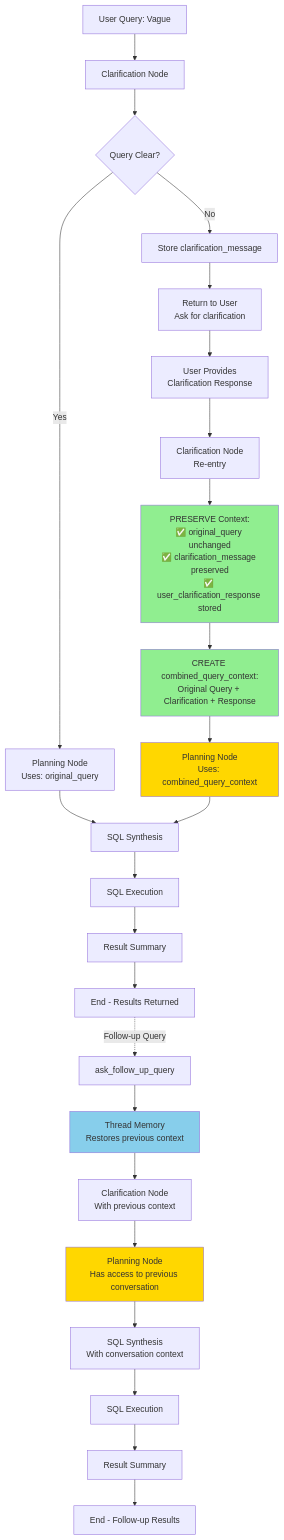
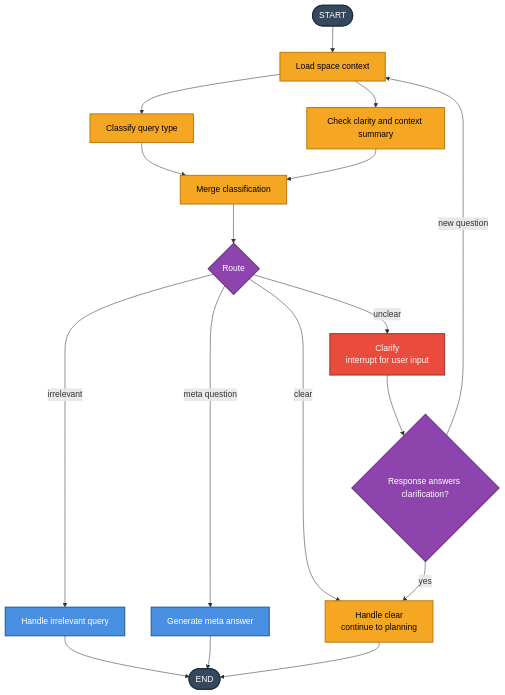
One commit to databricks-solutions/dbx-unifiedchat changed the diagram in docs/architecture/clarification_flow_diagram.mmd. Above: the diagram before and after it, drawn with Mermaid. The commit also changed other lines of this file and 58 other files, not shown here.

First line of the commit message:
Major update architecture diagrams to enhance clarity and workflow representation reflecting current repo

````diff
--- a/docs/architecture/clarification_flow_diagram.mmd
+++ b/docs/architecture/clarification_flow_diagram.mmd
@@ -1,56 +1,29 @@
-```mermaid
 graph TD
-    Start[User Query: Vague] --> Clarif1[Clarification Node]
-    
-    Clarif1 --> Check1{Query Clear?}
-    
-    Check1 -->|Yes| Plan1[Planning Node<br/>Uses: original_query]
-    Check1 -->|No| Store1[Store clarification_message]
-    
-    Store1 --> Return1[Return to User<br/>Ask for clarification]
-    
-    Return1 --> UserResp[User Provides<br/>Clarification Response]
-    
-    UserResp --> Clarif2[Clarification Node<br/>Re-entry]
-    
-    Clarif2 --> Preserve[PRESERVE Context:<br/>✅ original_query unchanged<br/>✅ clarification_message preserved<br/>✅ user_clarification_response stored]
-    
-    Preserve --> Combine[CREATE combined_query_context:<br/>Original Query + Clarification + Response]
-    
-    Combine --> Plan2[Planning Node<br/>Uses: combined_query_context]
-    
-    Plan1 --> SQL[SQL Synthesis]
-    Plan2 --> SQL
-    
-    SQL --> Exec[SQL Execution]
-    
-    Exec --> Summary[Result Summary]
-    
-    Summary --> End1[End - Results Returned]
-    
-    End1 -.Follow-up Query.-> FollowUp[ask_follow_up_query]
-    
-    FollowUp --> ThreadMem[Thread Memory<br/>Restores previous context]
-    
-    ThreadMem --> NewClarif[Clarification Node<br/>With previous context]
-    
-    NewClarif --> Plan3[Planning Node<br/>Has access to previous conversation]
-    
-    Plan3 --> SQL2[SQL Synthesis<br/>With conversation context]
-    
-    SQL2 --> Exec2[SQL Execution]
-    
-    Exec2 --> Summary2[Result Summary]
-    
-    Summary2 --> End2[End - Follow-up Results]
-    
-    style Preserve fill:#90EE90
-    style Combine fill:#90EE90
-    style ThreadMem fill:#87CEEB
-    style Plan2 fill:#FFD700
-    style Plan3 fill:#FFD700
+    Start([START]) --> Load[Load space context]
+    Load --> Classify[Classify query type]
+    Load --> Clarity[Check clarity and context summary]
+    Classify --> Merge[Merge classification]
+    Clarity --> Merge
+    Merge --> Route{Route}
+    Route -->|irrelevant| Irrelevant[Handle irrelevant query]
+    Route -->|meta question| Meta[Generate meta answer]
+    Route -->|unclear| Clarify[Clarify<br/>interrupt for user input]
+    Route -->|clear| Clear[Handle clear<br/>continue to planning]
+    Clarify --> Confirm{Response answers clarification?}
+    Confirm -->|yes| Clear
+    Confirm -->|new question| Load
+    Irrelevant --> End([END])
+    Meta --> End
+    Clear --> End
 
-classDef improved fill:#90EE90,stroke:#228B22,stroke-width:3px
-classDef context fill:#87CEEB,stroke:#4682B4,stroke-width:3px
-classDef combined fill:#FFD700,stroke:#FF8C00,stroke-width:3px
-```
+    classDef agentClass fill:#4A90E2,stroke:#2E5C8A,stroke-width:2px,color:#fff
+    classDef processClass fill:#F5A623,stroke:#C17D11,stroke-width:2px,color:#000
+    classDef decisionClass fill:#8E44AD,stroke:#6C3483,stroke-width:2px,color:#fff
+    classDef interruptClass fill:#E94B3C,stroke:#A33428,stroke-width:2px,color:#fff
+    classDef boundaryClass fill:#34495E,stroke:#1F2D3A,stroke-width:2px,color:#fff
+
+    class Start,End boundaryClass
+    class Load,Classify,Clarity,Merge,Clear processClass
+    class Route,Confirm decisionClass
+    class Irrelevant,Meta agentClass
+    class Clarify interruptClass
````
